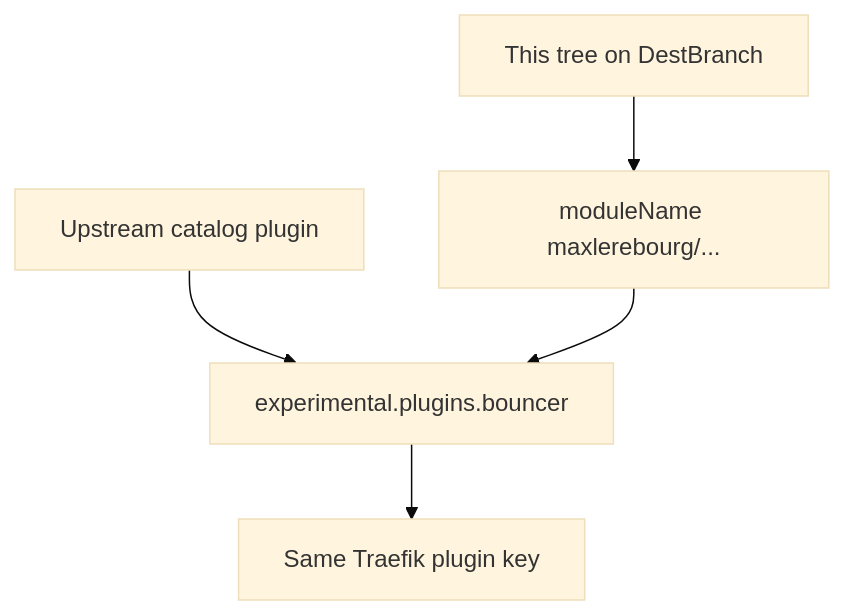
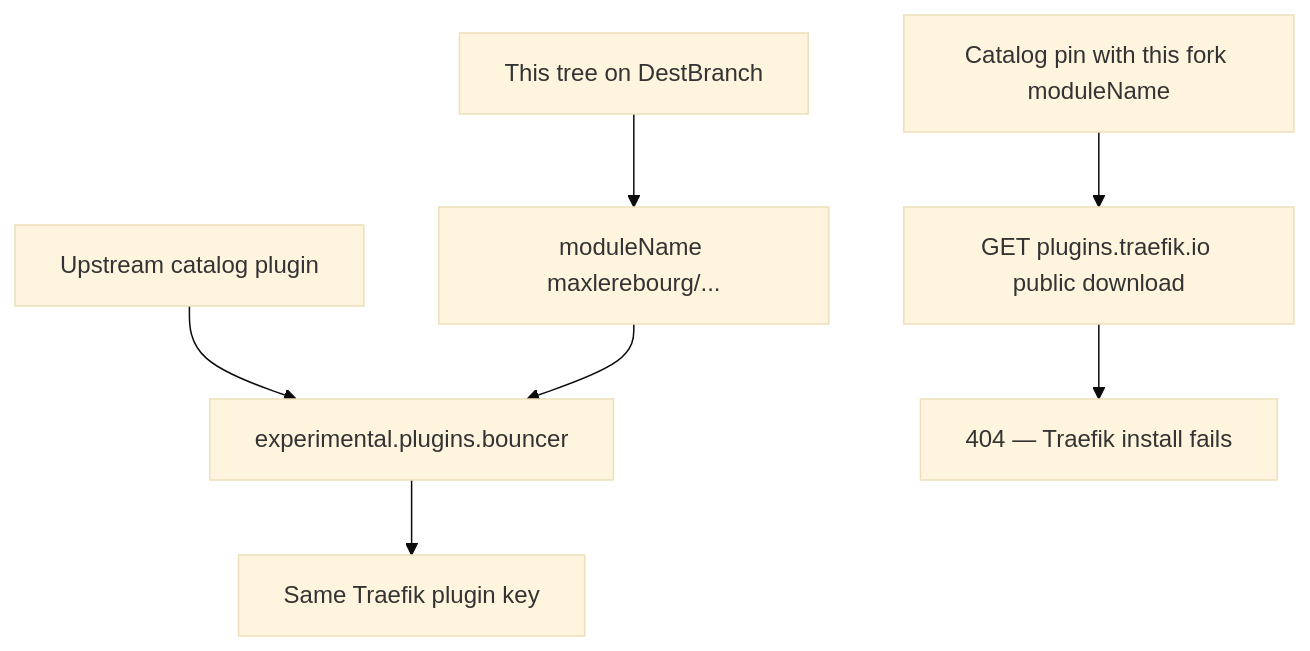
The diagram in devstate/2026/09/2026-09-18-fork-plugin-module-path/card.md (david-garcia-garcia/crowdsec-bouncer-traefik-plugin), drawn with Mermaid (base theme) before and after one commit. The commit also changed other lines of this file and 4 other files, not shown here.

Commit message:
chore: record propose for 2026-09-18-fork-plugin-module-path

````diff
--- a/devstate/2026/09/2026-09-18-fork-plugin-module-path/card.md
+++ b/devstate/2026/09/2026-09-18-fork-plugin-module-path/card.md
@@ -19,7 +19,9 @@
 ```mermaid
 flowchart TD
   Up["Upstream catalog plugin"] --> KeyB["experimental.plugins.bouncer"]
   Fork["This tree on DestBranch"] --> OldMod["moduleName maxlerebourg/..."]
   OldMod --> KeyB
   KeyB --> Collide["Same Traefik plugin key"]
+  CatalogPin["Catalog pin with this fork moduleName"] --> DL["GET plugins.traefik.io public download"]
+  DL --> Miss["404 — Traefik install fails"]
 ```
````
